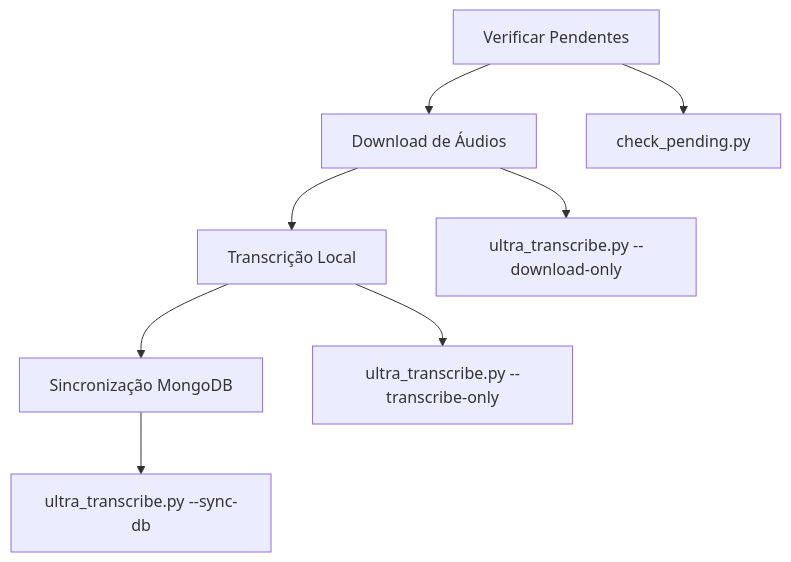
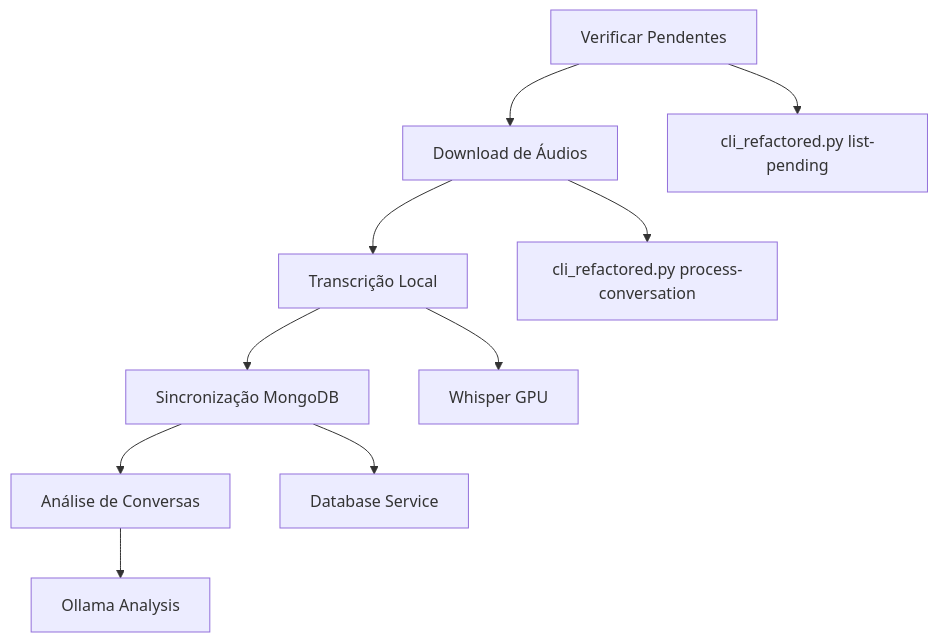
The diagram in README.md (joefreire/local-ai), drawn with Mermaid before and after one commit. The commit also changed other lines of this file and 19 other files, not shown here.

````diff
--- a/README.md
+++ b/README.md
@@ -151,11 +461,13 @@
 ```mermaid
 graph TD
     A[Verificar Pendentes] --> B[Download de Áudios]
     B --> C[Transcrição Local]
     C --> D[Sincronização MongoDB]
+    D --> E[Análise de Conversas]
     
-    A --> E[check_pending.py]
-    B --> F[ultra_transcribe.py --download-only]
-    C --> G[ultra_transcribe.py --transcribe-only]
-    D --> H[ultra_transcribe.py --sync-db]
+    A --> F[cli_refactored.py list-pending]
+    B --> G[cli_refactored.py process-conversation]
+    C --> H[Whisper GPU]
+    D --> I[Database Service]
+    E --> J[Ollama Analysis]
 ```
````
